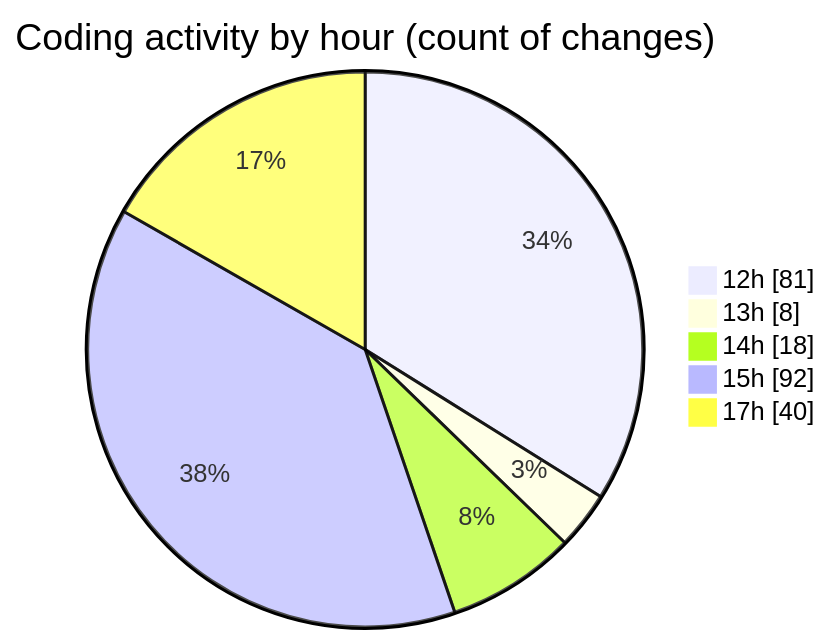
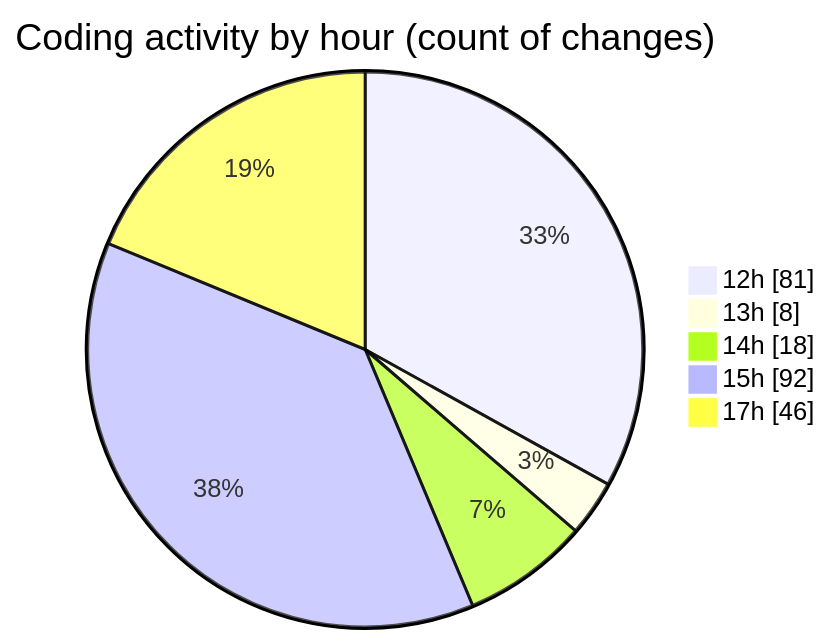
Before and after one commit to Ritupan-Deka/code-tracking: the second of 2 diagrams in 2025-12-28/rust/README.md, drawn with Mermaid. The commit also changed other lines of this file and 1 other file, not shown here.

````diff
--- a/2025-12-28/rust/README.md
+++ b/2025-12-28/rust/README.md
@@ -30,9 +30,9 @@
 ```mermaid
 pie showData
 title Coding activity by hour (count of changes)
 "12h" : 81
 "13h" : 8
 "14h" : 18
 "15h" : 92
-"17h" : 40
+"17h" : 46
 ```
````
